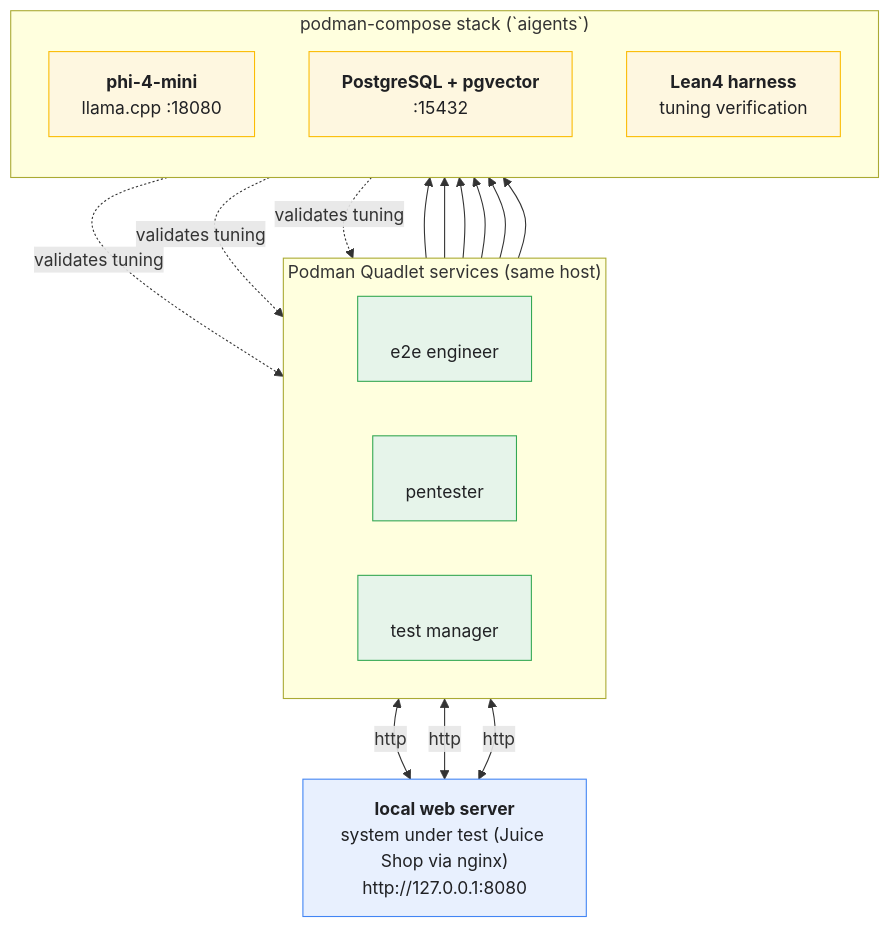
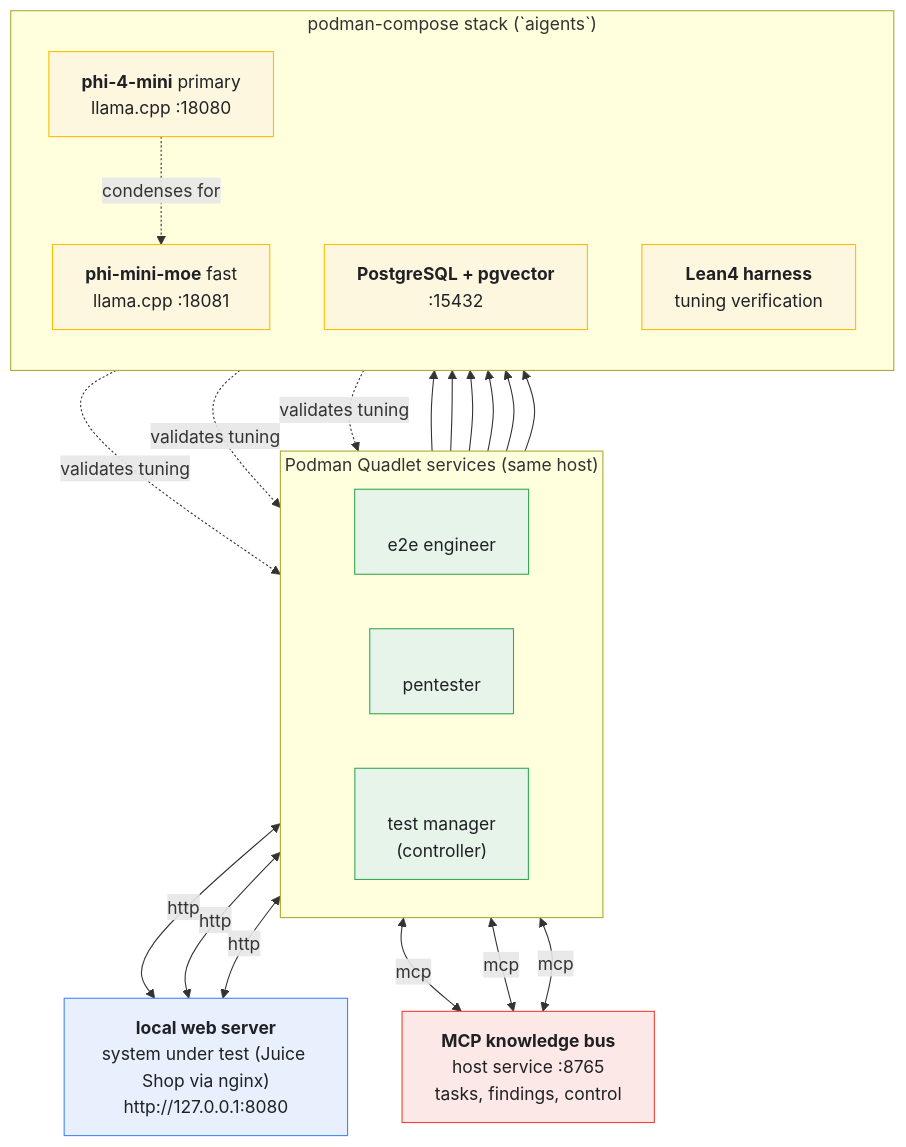
One commit to yVieta/testing-the-agentic-stack_open-testing-agents changed the diagram in README.md. Above: the diagram before and after it, drawn with Mermaid. The commit also changed other lines of this file and 45 other files, not shown here.

````diff
--- a/README.md
+++ b/README.md
@@ -18,38 +42,47 @@
 ```mermaid
 graph TD
     SUT["<b>local web server</b><br/>system under test (Juice Shop via nginx)<br/>http://127.0.0.1:8080"]
 
     subgraph AGENTS["Podman Quadlet services (same host)"]
         direction LR
         A1["<b> </b><br/>e2e engineer"]
         A2["<b> </b><br/>pentester"]
-        A3["<b> </b><br/>test manager"]
+        A3["<b> </b><br/>test manager<br/>(controller)"]
     end
 
     subgraph STACK["podman-compose stack (`aigents`)"]
         direction TB
-        MODEL["<b>phi-4-mini</b><br/>llama.cpp :18080"]
+        MODEL["<b>phi-4-mini</b> primary<br/>llama.cpp :18080"]
+        FAST["<b>phi-mini-moe</b> fast<br/>llama.cpp :18081"]
         DB["<b>PostgreSQL + pgvector</b><br/>:15432"]
         LEAN["<b>Lean4 harness</b><br/>tuning verification"]
     end
+
+    BUS["<b>MCP knowledge bus</b><br/>host service :8765<br/>tasks, findings, control"]
 
     A1 <-->|"http"| SUT
     A2 <-->|"http"| SUT
     A3 <-->|"http"| SUT
     A1 --> MODEL
     A2 --> MODEL
     A3 --> MODEL
+    MODEL -. condenses for .-> FAST
     LEAN -. validates tuning .-> A1
     LEAN -. validates tuning .-> A2
     LEAN -. validates tuning .-> A3
+    A1 <-->|"mcp"| BUS
+    A2 <-->|"mcp"| BUS
+    A3 <-->|"mcp"| BUS
     A1 --> DB
     A2 --> DB
     A3 --> DB
 
     classDef sut fill:#e8f0fe,stroke:#4285f4,color:#202124;
     classDef agent fill:#e6f4ea,stroke:#34a853,color:#202124;
     classDef comp fill:#fef7e0,stroke:#fbbc04,color:#202124;
+    classDef bus fill:#fce8e6,stroke:#ea4335,color:#202124;
     class SUT sut;
     class A1,A2,A3 agent;
-    class MODEL,DB,LEAN comp;
+    class MODEL,FAST,DB,LEAN comp;
+    class BUS bus;
 ```
````
